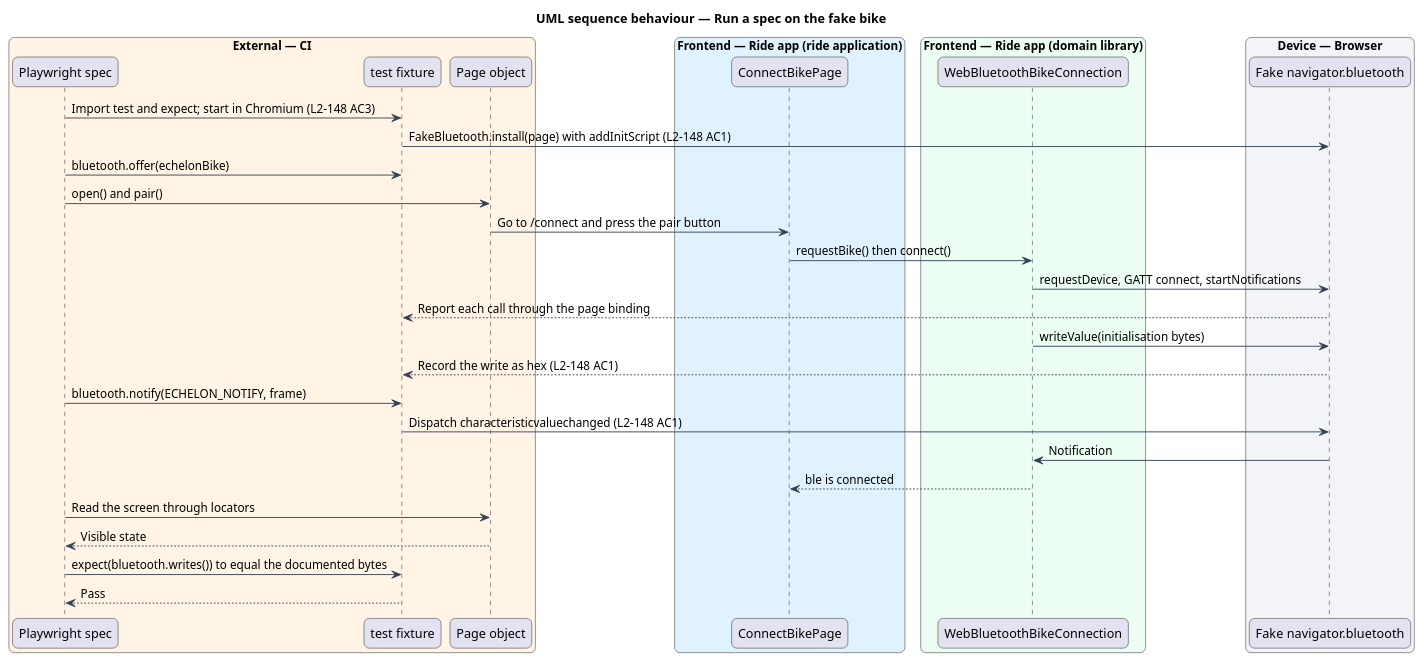
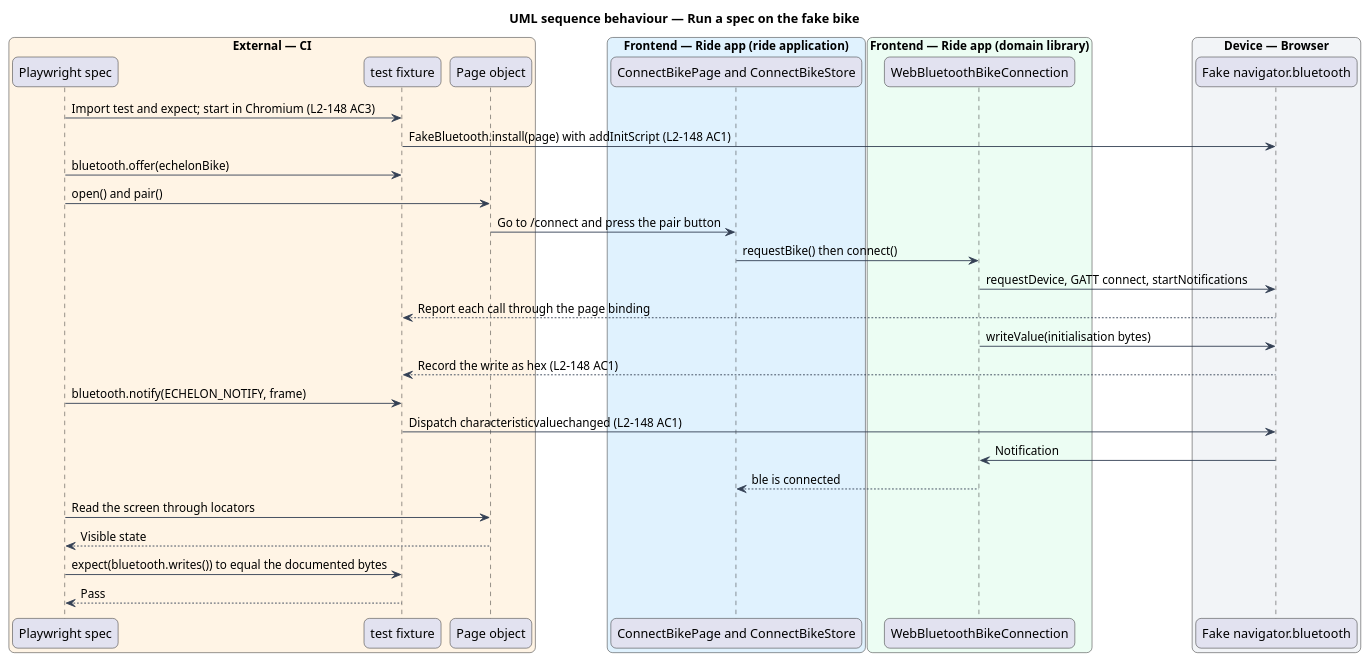
One commit to QuinntyneBrown/ride-one changed the diagram in docs/detailed-designs/platform/test-without-hardware/diagrams/sequence-run-a-spec-on-the-fake-bike.puml. Above: the diagram before and after it, drawn with PlantUML. The commit also changed 33 other files, not shown here.

```diff
--- a/docs/detailed-designs/platform/test-without-hardware/diagrams/sequence-run-a-spec-on-the-fake-bike.puml
+++ b/docs/detailed-designs/platform/test-without-hardware/diagrams/sequence-run-a-spec-on-the-fake-bike.puml
@@ -1,49 +1,49 @@
 @startuml
 title UML sequence behaviour — Run a spec on the fake bike
 skinparam backgroundColor #FFFFFF
 skinparam shadowing false
 skinparam roundcorner 12
 skinparam defaultFontName Arial
 skinparam ArrowColor #344054
 skinparam rectangle {
   BorderColor #344054
   FontColor #101828
 }
 skinparam package {
   BorderColor #667085
   FontColor #101828
   BackgroundColor #F9FAFB
 }
 box "External — CI" #FFF4E5
   participant "Playwright spec" as spec
   participant "test fixture" as test
   participant "Page object" as po
 end box
 box "Frontend — Ride app (ride application)" #E0F2FE
-  participant "ConnectBikePage" as page
+  participant "ConnectBikePage and ConnectBikeStore" as page
 end box
 box "Frontend — Ride app (domain library)" #ECFDF3
   participant "WebBluetoothBikeConnection" as conn
 end box
 box "Device — Browser" #F2F4F7
   participant "Fake navigator.bluetooth" as ble
 end box
 spec -> test : Import test and expect; start in Chromium (L2-148 AC3)
 test -> ble : FakeBluetooth.install(page) with addInitScript (L2-148 AC1)
 spec -> test : bluetooth.offer(echelonBike)
 spec -> po : open() and pair()
 po -> page : Go to /connect and press the pair button
 page -> conn : requestBike() then connect()
 conn -> ble : requestDevice, GATT connect, startNotifications
 ble --> test : Report each call through the page binding
 conn -> ble : writeValue(initialisation bytes)
 ble --> test : Record the write as hex (L2-148 AC1)
 spec -> test : bluetooth.notify(ECHELON_NOTIFY, frame)
 test -> ble : Dispatch characteristicvaluechanged (L2-148 AC1)
 ble -> conn : Notification
 conn --> page : ble is connected
 spec -> po : Read the screen through locators
 po --> spec : Visible state
 spec -> test : expect(bluetooth.writes()) to equal the documented bytes
 test --> spec : Pass
 @enduml
```
